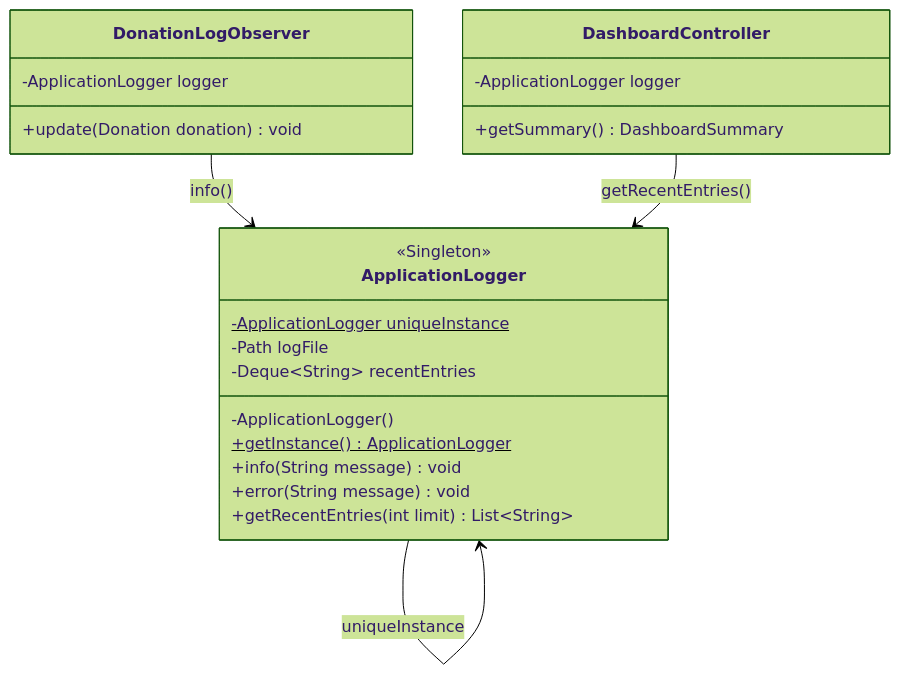
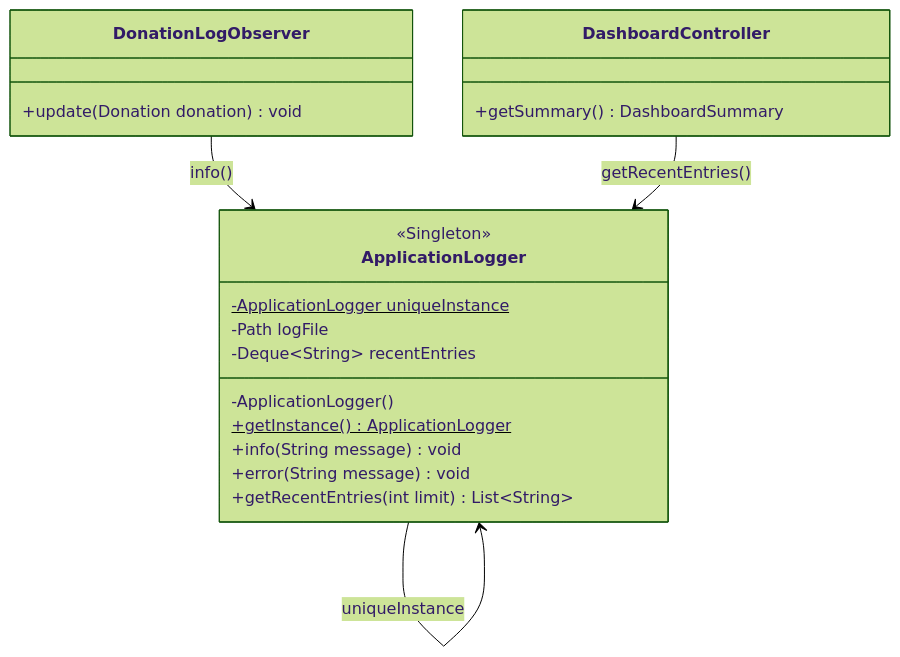
One commit to Abdallah1707/Ripple changed the sixth of 7 diagrams in docs/class-diagram.md. Above: the diagram before and after it, drawn with Mermaid (forest theme). The commit also changed other lines of this file and 6 other files, not shown here.

````diff
--- a/docs/class-diagram.md
+++ b/docs/class-diagram.md
@@ -1342,25 +1234,23 @@
 ```mermaid
 classDiagram
 class ApplicationLogger {
     <<Singleton>>
     -ApplicationLogger uniqueInstance$
     -Path logFile
     -Deque~String~ recentEntries
     -ApplicationLogger()
     +getInstance()$ ApplicationLogger
     +info(String message) void
     +error(String message) void
     +getRecentEntries(int limit) List~String~
 }
 class DonationLogObserver {
-    -ApplicationLogger logger
     +update(Donation donation) void
 }
 class DashboardController {
-    -ApplicationLogger logger
     +getSummary() DashboardSummary
 }
 ApplicationLogger --> ApplicationLogger : uniqueInstance
 DonationLogObserver --> ApplicationLogger : info()
 DashboardController --> ApplicationLogger : getRecentEntries()
 ```
````
